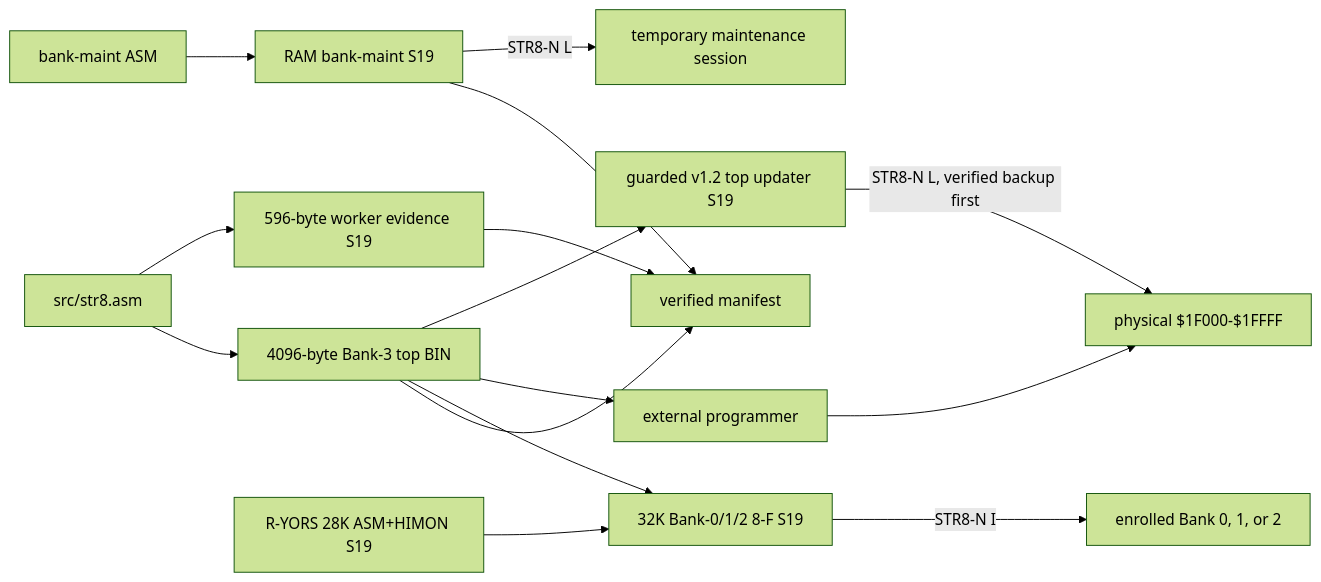
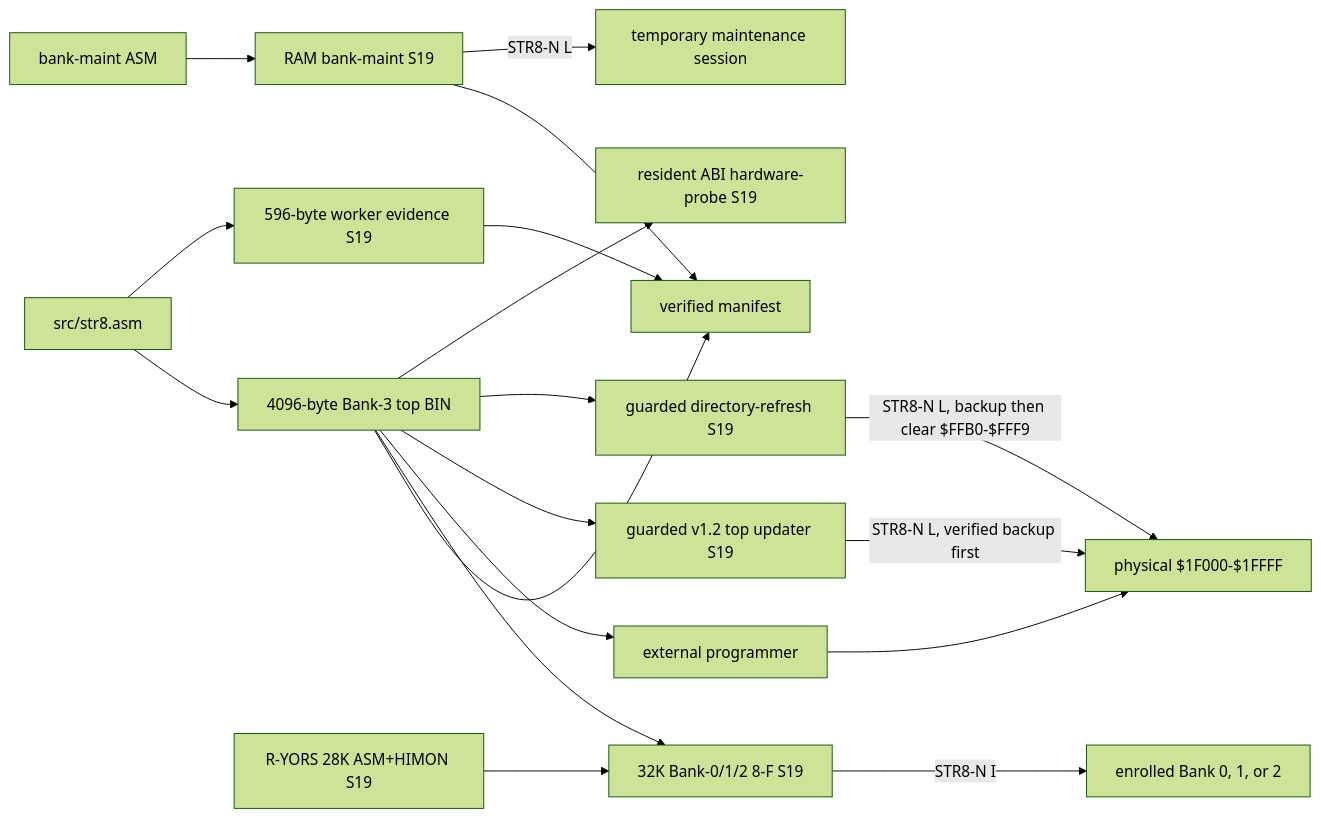
Before and after one commit to 95westus/STR8-N: the second of 11 diagrams in docs/MAPS.md, drawn with Mermaid (forest theme). The commit also changed other lines of this file and 8 other files, not shown here.

````diff
--- a/docs/MAPS.md
+++ b/docs/MAPS.md
@@ -38,17 +38,20 @@
 ```mermaid
 flowchart LR
     SRC[src/str8.asm] --> TOP[4096-byte Bank-3 top BIN]
     SRC --> WORKER[596-byte worker evidence S19]
     BM_SRC[bank-maint ASM] --> BM[RAM bank-maint S19]
     TOP --> MANIFEST[verified manifest]
     WORKER --> MANIFEST
     BM --> MANIFEST
     RY[R-YORS 28K ASM+HIMON S19] --> FULL[32K Bank-0/1/2 8-F S19]
     TOP --> FULL
     TOP --> PROGRAMMER[external programmer]
     PROGRAMMER --> B3F[physical $1F000-$1FFFF]
     TOP --> UPDATE[guarded v1.2 top updater S19]
     UPDATE -->|STR8-N L, verified backup first| B3F
+    TOP --> REFRESH[guarded directory-refresh S19]
+    REFRESH -->|STR8-N L, backup then clear $FFB0-$FFF9| B3F
+    TOP --> ABI_TEST[resident ABI hardware-probe S19]
     BM -->|STR8-N L| RAM_TOOL[temporary maintenance session]
     FULL -->|STR8-N I| GUEST[enrolled Bank 0, 1, or 2]
 ```
````
